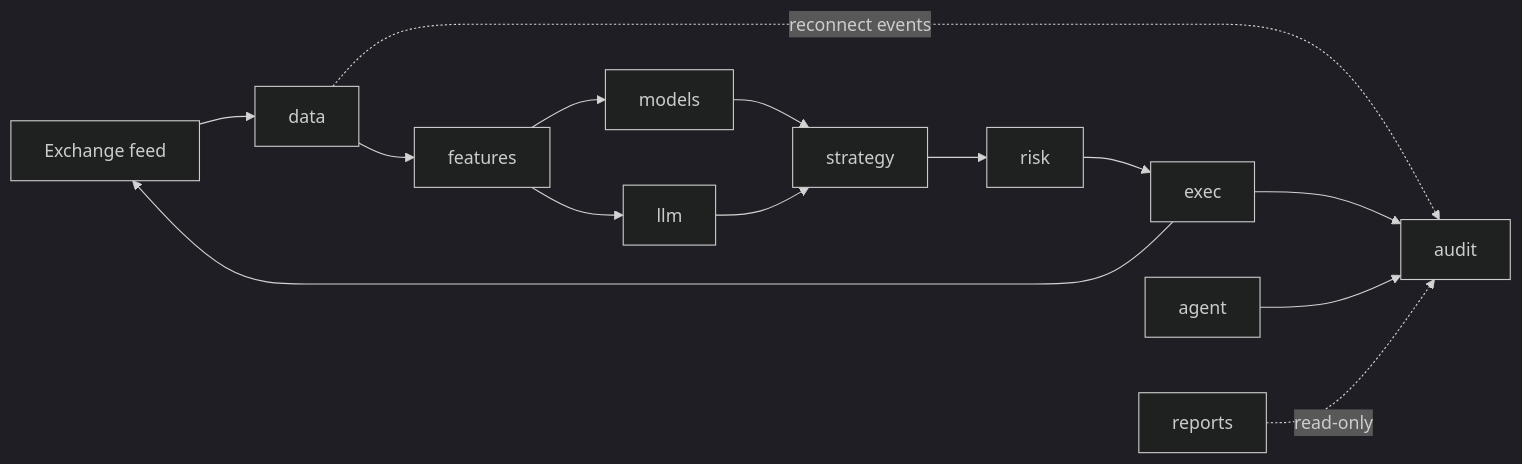
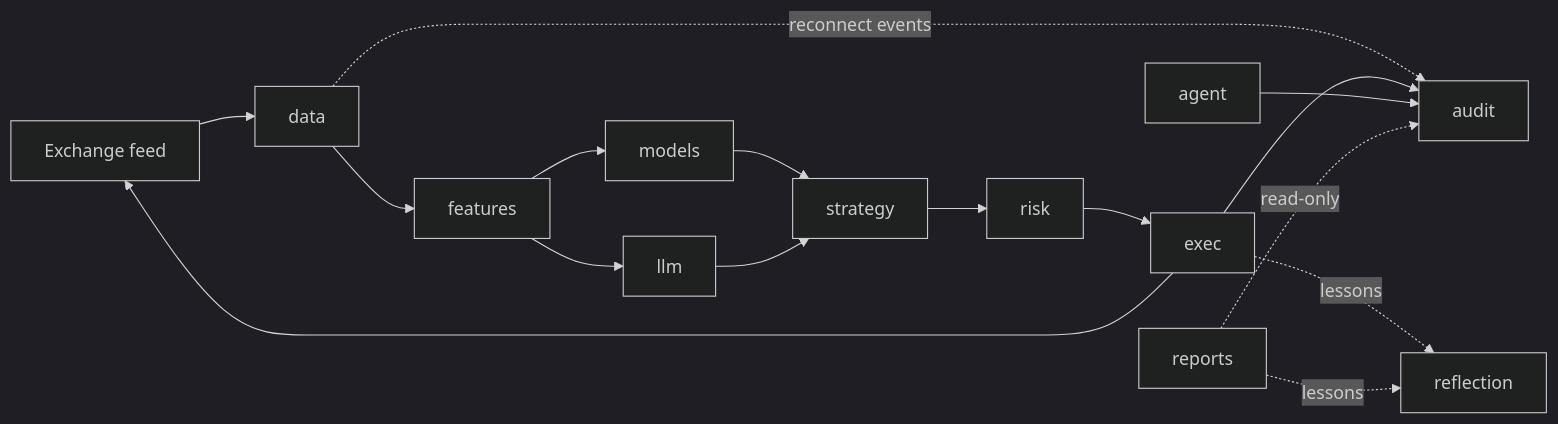
One commit to Orrimp/-Vibe-Trading changed the diagram in spec/architecture/01-data-flow.md. Above: the diagram before and after it, drawn with Mermaid (dark theme). The commit also changed other lines of this file and 80 other files, not shown here.

````diff
--- a/spec/architecture/01-data-flow.md
+++ b/spec/architecture/01-data-flow.md
@@ -16,16 +16,18 @@
 ```mermaid
 flowchart LR
   feed[Exchange feed] --> data
   data --> features
   data -. reconnect events .-> audit
   features --> models
   features --> llm
   models --> strategy
   llm --> strategy
   strategy --> risk
   risk --> exec
   exec --> feed
   exec --> audit
+  exec -. lessons .-> reflection
   agent --> audit
   reports -. read-only .-> audit
+  reports -. lessons .-> reflection
 ```
````
